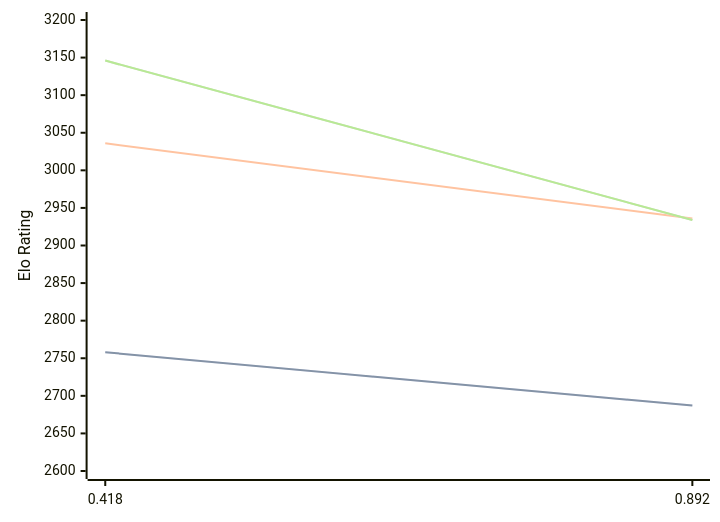
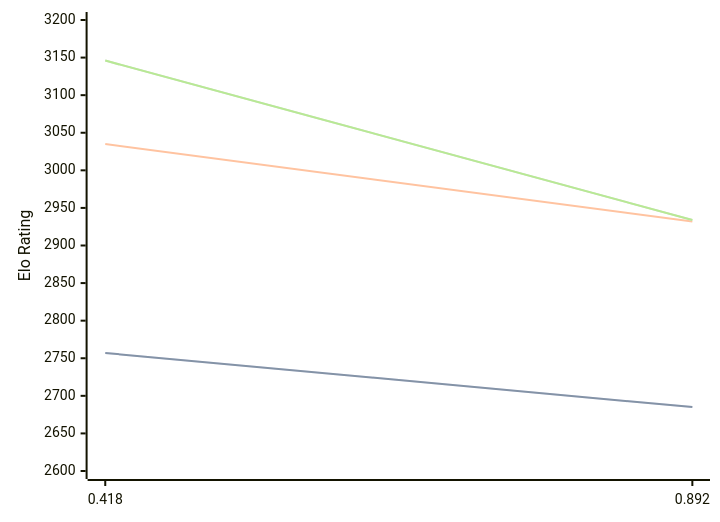
The diagram in engines/Malika.md (computer-chess-index/cci), drawn with Mermaid before and after one commit. The commit also changed other lines of this file, not shown here.

Commit message:
Update CCI Ratings (ELO VLTC) - 2026-03-07

````diff
--- a/engines/Malika.md
+++ b/engines/Malika.md
@@ -30,11 +30,11 @@
 ```mermaid
 %%{init: {"theme":"base","themeVariables":{"seriesColors:['#a3a3a3','#222221','#faa371']}}}%%
 xychart-beta
   x-axis ["0.418", "0.892"]
   y-axis "Elo Rating" 2600 --> 3200
-  line "STC (8.0+0.08s)" [2758, 2687]
-  line "STC (8.0+0.08s)" [2758, 2687]
-  line "LTC (60.0+0.60s)" [3036, 2936]
+  line "STC (8.0+0.08s)" [2757, 2685]
+  line "STC (8.0+0.08s)" [2757, 2685]
+  line "LTC (60.0+0.60s)" [3035, 2932]
   line "VLTC (2m24s+1.12s)" [3146, 2934]
   line "VLTC (2m24s+1.12s)" [3146, 2934]
 ```
````
